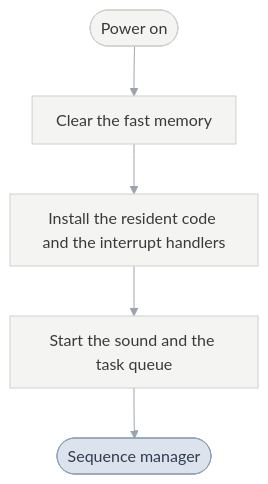
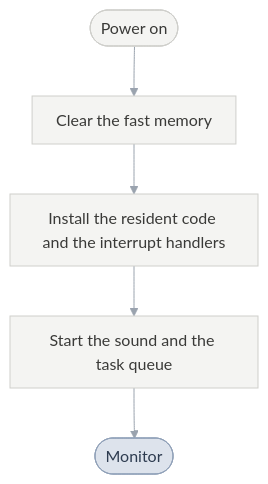
One commit to PascalPixel/alchemy changed the second of 9 diagrams in games/tbs/README.md. Above: the diagram before and after it, drawn with Mermaid. The commit also changed other lines of this file and 31 other files, not shown here.

````diff
--- a/games/tbs/README.md
+++ b/games/tbs/README.md
@@ -84,14 +84,14 @@
 ```mermaid
 %%{init: {"theme": "base", "themeVariables": {"lineColor": "#9AA3AE", "edgeLabelBackground": "#FFFFFF"}, "flowchart": {"curve": "basis", "padding": 12}}}%%
 flowchart TD
   power(["Power on"]) --> memory["Clear the fast memory"] --> irq["Install the resident code and the interrupt handlers"]
-  irq --> services["Start the sound and the task queue"] --> seq(["Sequence manager"])
-  classDef sequenceManager fill:#DDE3EC,stroke:#8FA0B8,color:#2E3C50
-  classDef sceneSequence fill:#D2EEF3,stroke:#7FC3D0,color:#1E5966
+  irq --> services["Start the sound and the task queue"] --> seq(["Monitor"])
+  classDef monitor fill:#DDE3EC,stroke:#8FA0B8,color:#2E3C50
+  classDef sceneProgram fill:#D2EEF3,stroke:#7FC3D0,color:#1E5966
   classDef battle fill:#F6D5D2,stroke:#D9928B,color:#8A2A22
   classDef sceneManager fill:#D3EBD9,stroke:#8DC49E,color:#25603A
   classDef request fill:#FBE7C6,stroke:#E0B46A,color:#7A5212
   classDef step fill:#F4F4F2,stroke:#CFCFCB,color:#3A3A38
-  class seq sequenceManager
+  class seq monitor
   class power,memory,irq,services step
 ```
````
